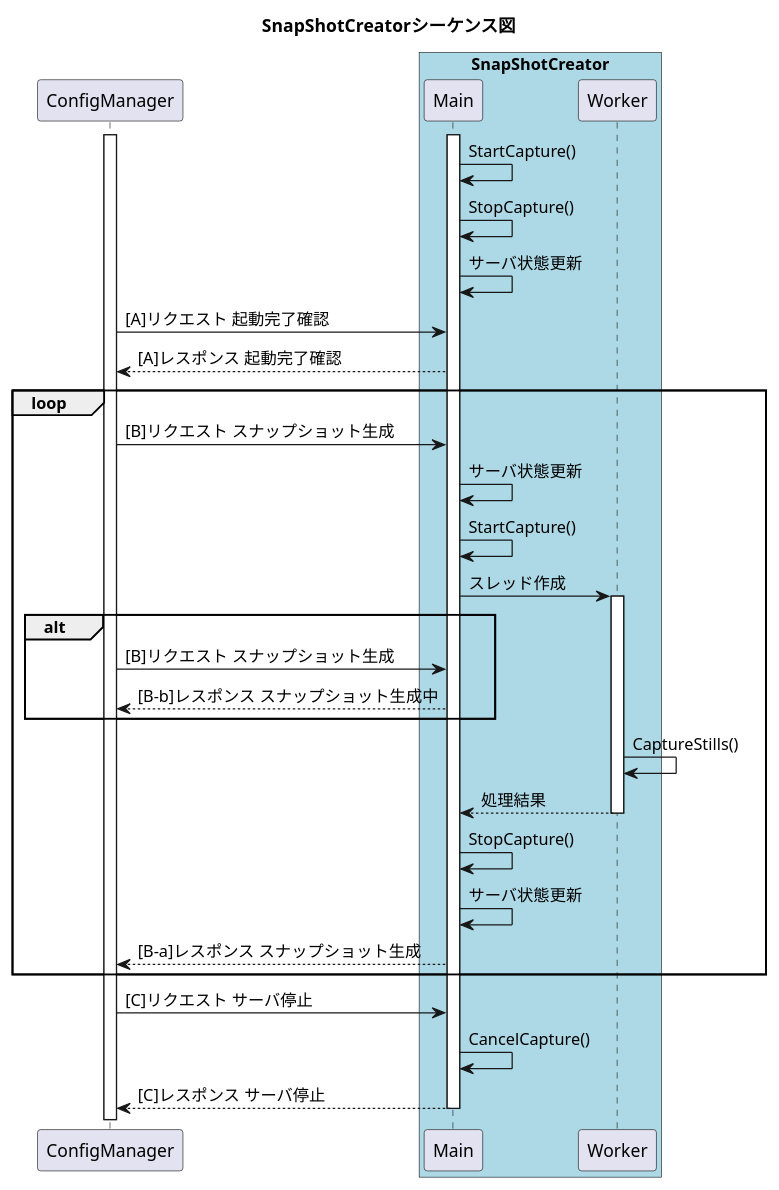
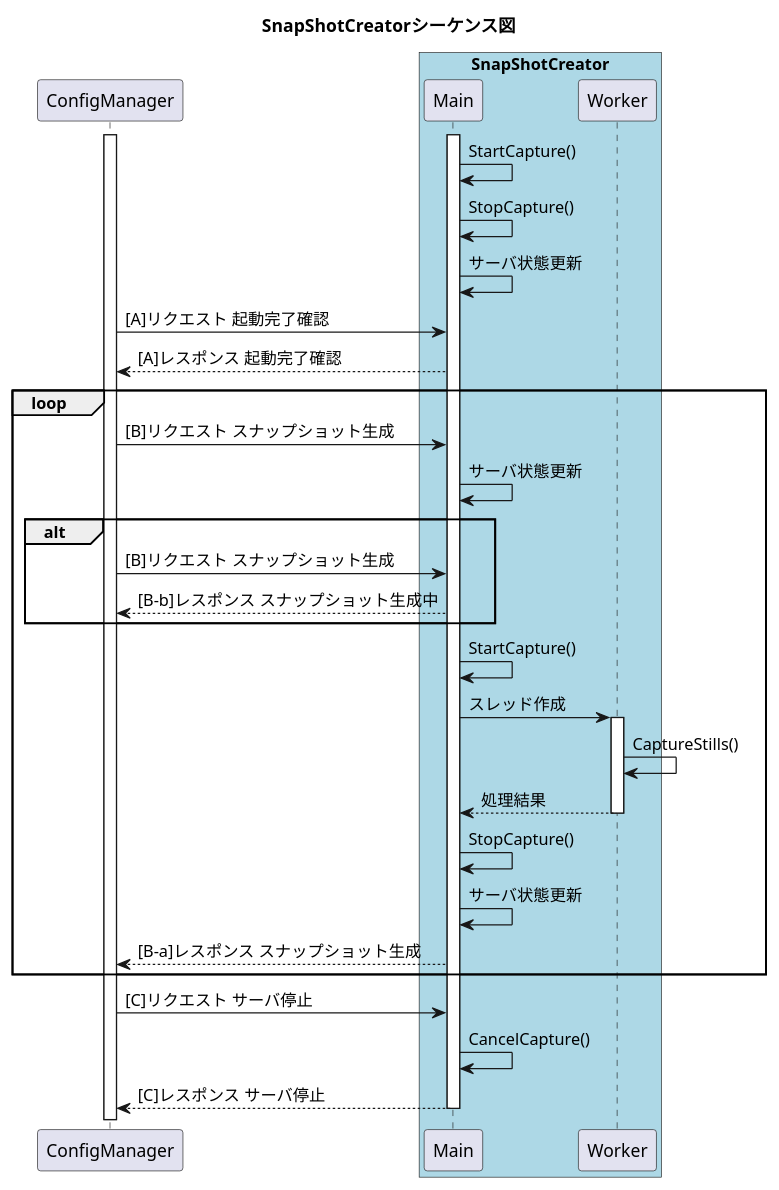
One commit to silviaclaire/decklink-snapshot-creator changed the diagram in SnapShotCreator/doc/sequence.pu. Above: the diagram before and after it, drawn with PlantUML. The commit also changed other lines of this file, not shown here.

Commit message:
Update sequence chart.

```diff
--- a/SnapShotCreator/doc/sequence.pu
+++ b/SnapShotCreator/doc/sequence.pu
@@ -1,41 +1,41 @@
 @startuml
 title SnapShotCreatorシーケンス図
 
 participant ConfigManager
 
 box "SnapShotCreator" #LightBlue
 participant Main
 participant Worker
 end box
 
 activate ConfigManager
 activate Main
 
 Main -> Main : StartCapture()
 Main -> Main : StopCapture()
 Main -> Main : サーバ状態更新
 ConfigManager -> Main : [A]リクエスト 起動完了確認
 Main --> ConfigManager : [A]レスポンス 起動完了確認
 loop
     ConfigManager -> Main : [B]リクエスト スナップショット生成
     Main -> Main : サーバ状態更新
-    Main -> Main : StartCapture()
-    Main -> Worker : スレッド作成
-    activate Worker
     alt
         ConfigManager -> Main : [B]リクエスト スナップショット生成
         Main --> ConfigManager : [B-b]レスポンス スナップショット生成中
     end
+    Main -> Main : StartCapture()
+    Main -> Worker : スレッド作成
+    activate Worker
     Worker -> Worker : CaptureStills()
     Worker --> Main : 処理結果
     deactivate Worker
     Main -> Main : StopCapture()
     Main -> Main : サーバ状態更新
     Main --> ConfigManager : [B-a]レスポンス スナップショット生成
 end
 ConfigManager -> Main : [C]リクエスト サーバ停止
 Main -> Main : CancelCapture()
 Main --> ConfigManager : [C]レスポンス サーバ停止
 deactivate Main
 
 @enduml
```
